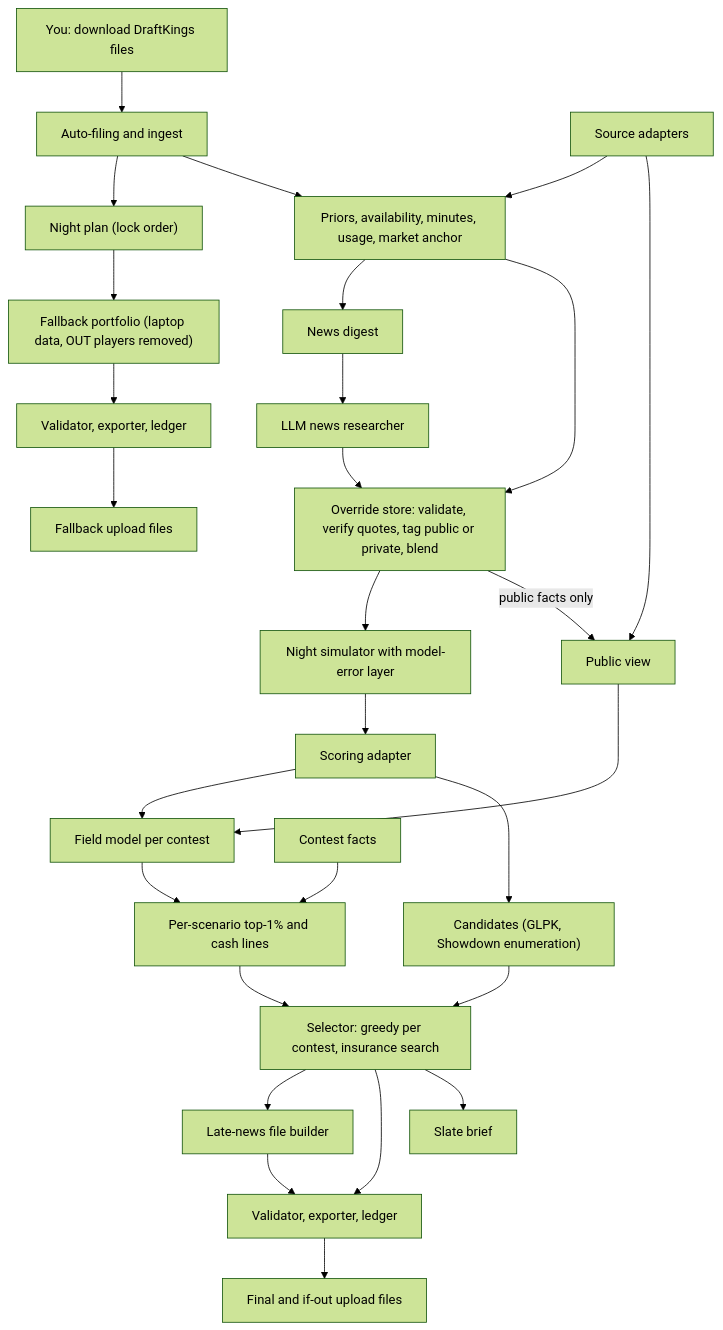
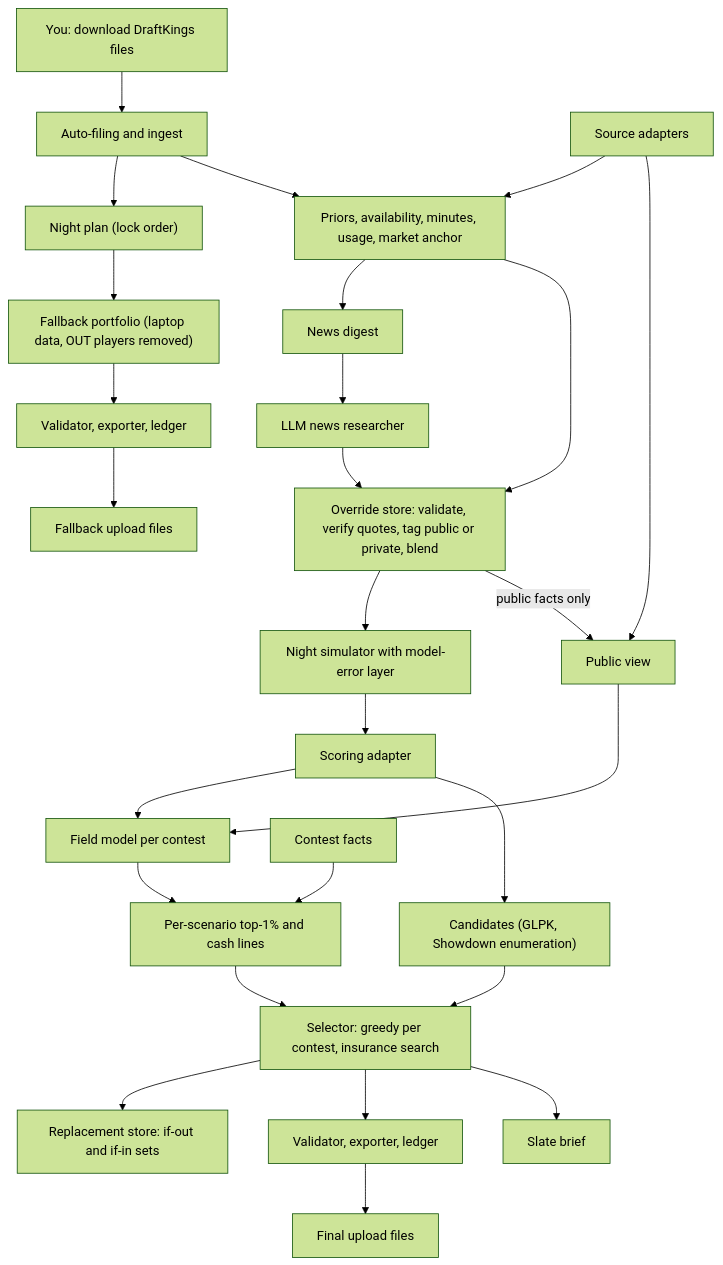
The first of 3 diagrams in docs/ARCHITECTURE.md (bleeski/nba-dfs), drawn with Mermaid (forest theme) before and after one commit. The commit also changed other lines of this file and 12 other files, not shown here.

Commit message:
ARCHITECTURE v3 after red-team round 2: late-news rework, insurance rule fix, tiers, ADR sync

````diff
--- a/docs/ARCHITECTURE.md
+++ b/docs/ARCHITECTURE.md
@@ -203,30 +218,29 @@
 ```mermaid
 flowchart TD
     DL["You: download DraftKings files"] --> AF["Auto-filing and ingest"]
     AF --> NP["Night plan (lock order)"]
     NP --> FB["Fallback portfolio (laptop data, OUT players removed)"]
     FB --> V1["Validator, exporter, ledger"]
     V1 --> UP1["Fallback upload files"]
     SRC["Source adapters"] --> PRJ["Priors, availability, minutes, usage, market anchor"]
     AF --> PRJ
     PRJ --> ND["News digest"]
     ND --> NR["LLM news researcher"]
     NR --> OV["Override store: validate, verify quotes, tag public or private, blend"]
     PRJ --> OV
     OV --> SIM["Night simulator with model-error layer"]
     SIM --> SC["Scoring adapter"]
     OV -->|public facts only| PUB["Public view"]
     SRC --> PUB
     PUB --> FLD["Field model per contest"]
     SC --> FLD
     CF["Contest facts"] --> TH["Per-scenario top-1% and cash lines"]
     FLD --> TH
     SC --> CAND["Candidates (GLPK, Showdown enumeration)"]
     CAND --> SEL["Selector: greedy per contest, insurance search"]
     TH --> SEL
-    SEL --> LN["Late-news file builder"]
+    SEL --> LN["Replacement store: if-out and if-in sets"]
     SEL --> V2["Validator, exporter, ledger"]
-    LN --> V2
-    V2 --> UP2["Final and if-out upload files"]
+    V2 --> UP2["Final upload files"]
     SEL --> BR["Slate brief"]
 ```
````
